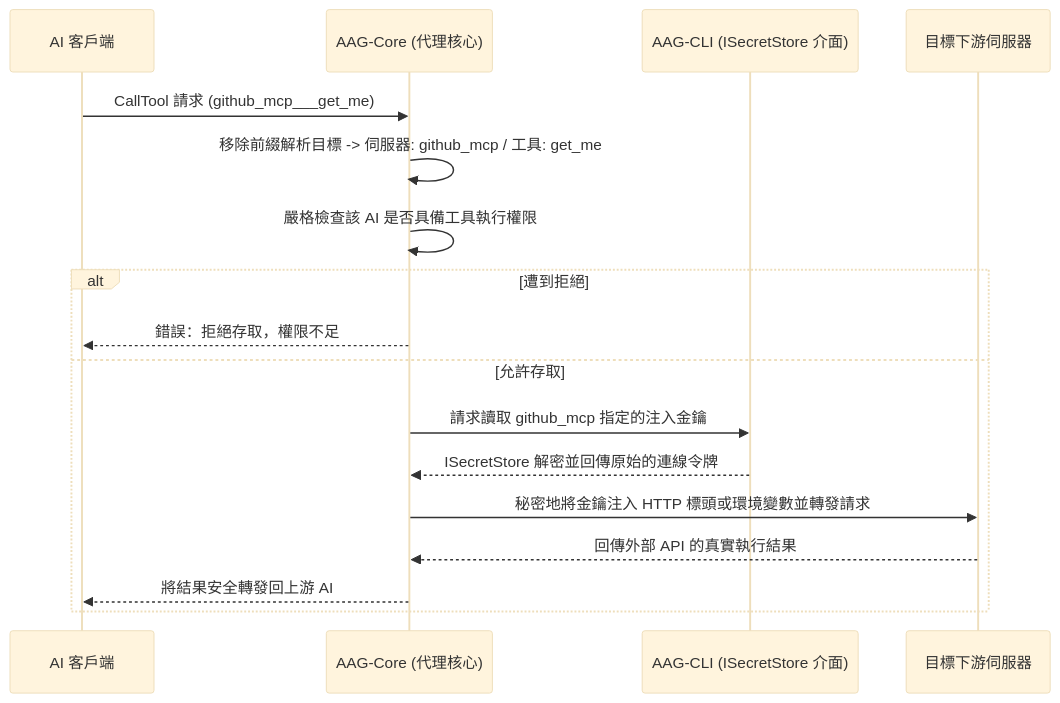
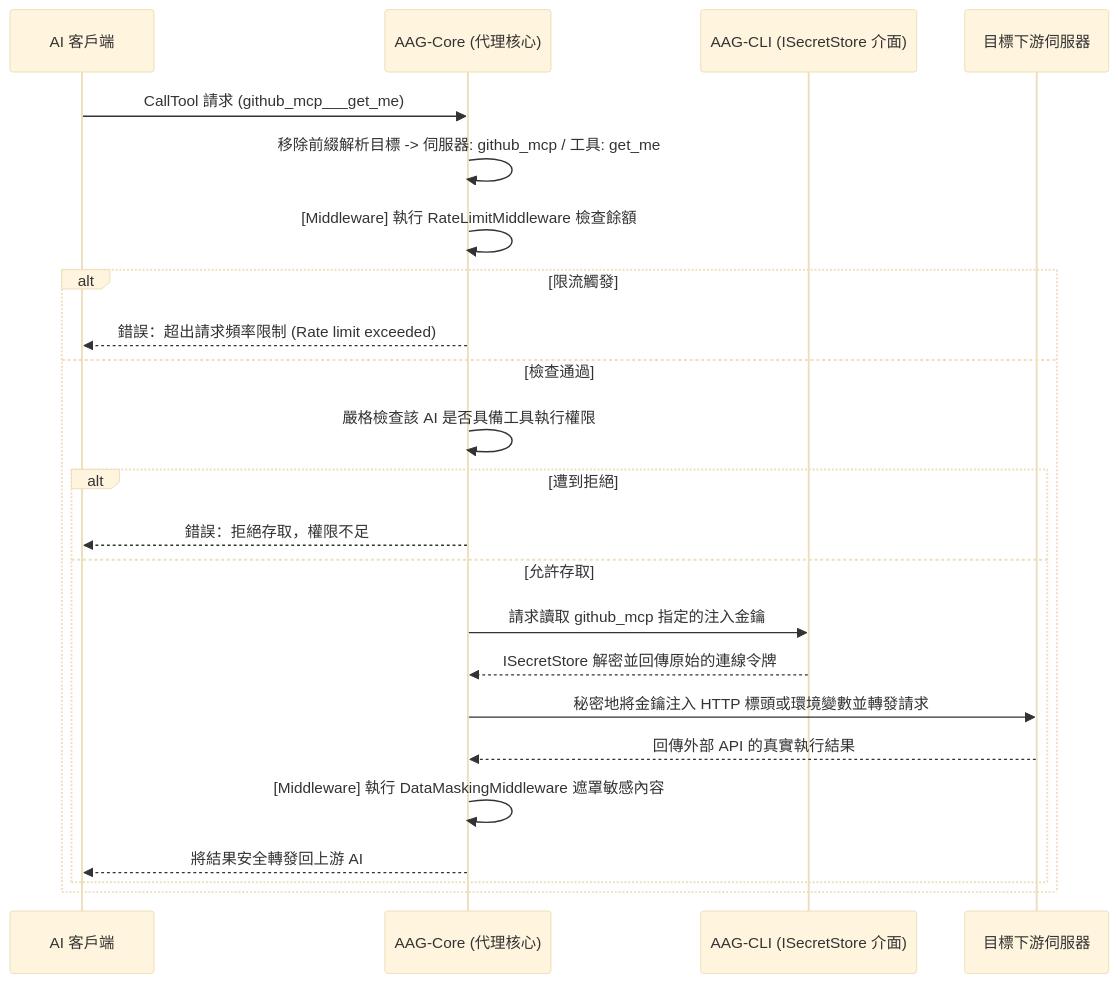
The third of 3 diagrams in ARCHITECTURE_ZH.md (Cyber-Sec-Space/ai-auth-gateway), drawn with Mermaid (base theme) before and after one commit. The commit also changed other lines of this file and 9 other files, not shown here.

Commit message:
release: v1.0.8 - Integrated Rate Limiting and Data Masking

````diff
--- a/ARCHITECTURE_ZH.md
+++ b/ARCHITECTURE_ZH.md
@@ -111,20 +117,26 @@
 ```mermaid
 sequenceDiagram
     participant AI as AI 客戶端
     participant Core as AAG-Core (代理核心)
     participant KV as AAG-CLI (ISecretStore 介面)
     participant MCP as 目標下游伺服器
 
     AI->>Core: CallTool 請求 (github_mcp___get_me)
     Core->>Core: 移除前綴解析目標 -> 伺服器: github_mcp / 工具: get_me
-    Core->>Core: 嚴格檢查該 AI 是否具備工具執行權限
-    alt 遭到拒絕
-        Core-->>AI: 錯誤：拒絕存取，權限不足
-    else 允許存取
-        Core->>KV: 請求讀取 github_mcp 指定的注入金鑰
-        KV-->>Core: ISecretStore 解密並回傳原始的連線令牌
-        Core->>MCP: 秘密地將金鑰注入 HTTP 標頭或環境變數並轉發請求
-        MCP-->>Core: 回傳外部 API 的真實執行結果
-        Core-->>AI: 將結果安全轉發回上游 AI
+    Core->>Core: [Middleware] 執行 RateLimitMiddleware 檢查餘額
+    alt 限流觸發
+        Core-->>AI: 錯誤：超出請求頻率限制 (Rate limit exceeded)
+    else 檢查通過
+        Core->>Core: 嚴格檢查該 AI 是否具備工具執行權限
+        alt 遭到拒絕
+            Core-->>AI: 錯誤：拒絕存取，權限不足
+        else 允許存取
+            Core->>KV: 請求讀取 github_mcp 指定的注入金鑰
+            KV-->>Core: ISecretStore 解密並回傳原始的連線令牌
+            Core->>MCP: 秘密地將金鑰注入 HTTP 標頭或環境變數並轉發請求
+            MCP-->>Core: 回傳外部 API 的真實執行結果
+            Core->>Core: [Middleware] 執行 DataMaskingMiddleware 遮罩敏感內容
+            Core-->>AI: 將結果安全轉發回上游 AI
+        end
     end
 ```
````
